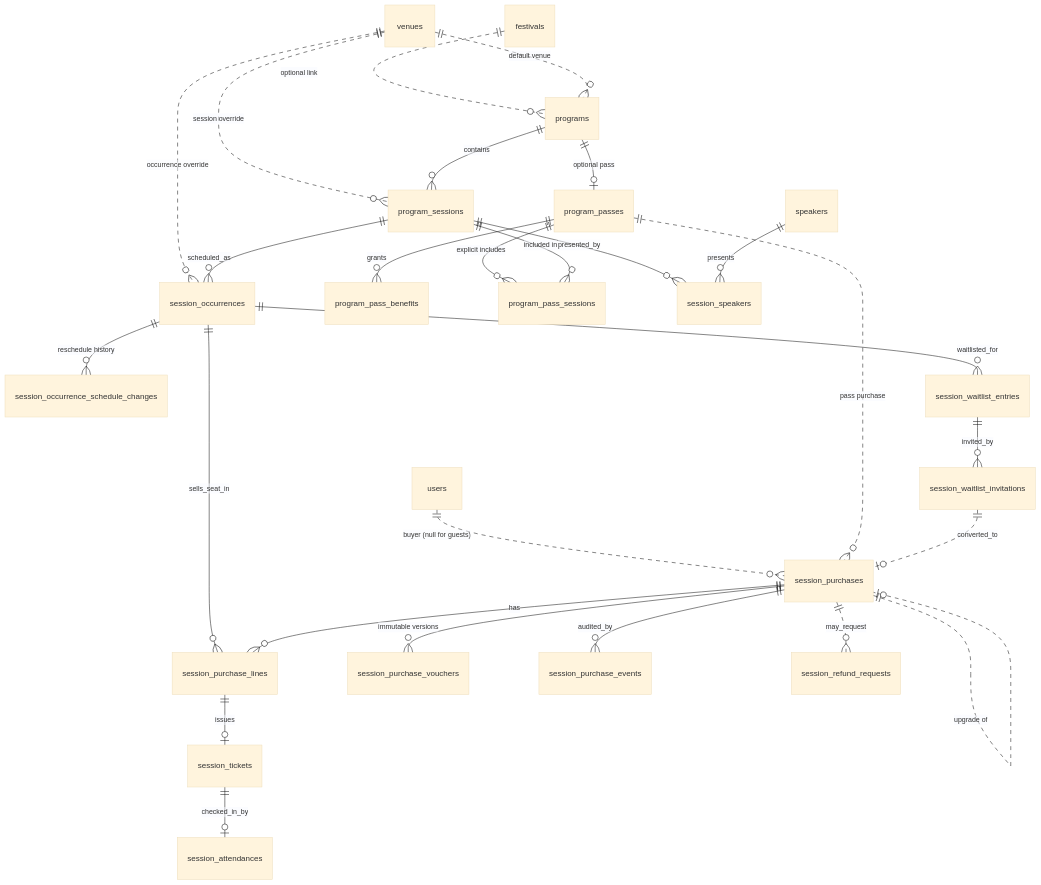
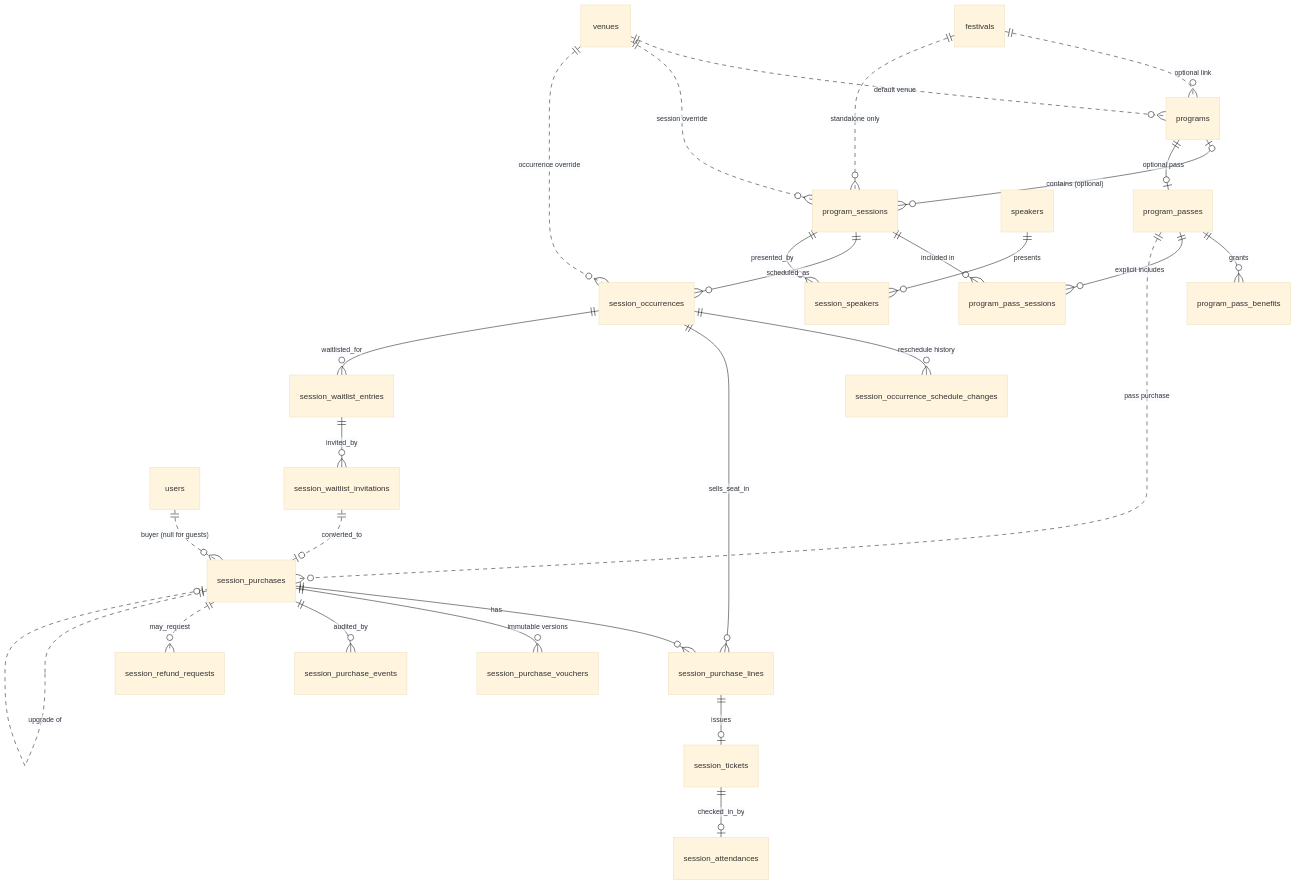
One commit to dennis-adrian/glitter-nextjs changed the first of 2 diagrams in docs/ARCHITECTURE-paid-programs-and-sessions.md. Above: the diagram before and after it, drawn with Mermaid (base theme). The commit also changed other lines of this file and 77 other files, not shown here.

````diff
--- a/docs/ARCHITECTURE-paid-programs-and-sessions.md
+++ b/docs/ARCHITECTURE-paid-programs-and-sessions.md
@@ -101,41 +101,42 @@
 ```mermaid
 erDiagram
     festivals ||..o{ programs : "optional link"
+    festivals ||..o{ program_sessions : "standalone only"
     venues ||..o{ programs : "default venue"
     venues ||..o{ program_sessions : "session override"
     venues ||..o{ session_occurrences : "occurrence override"
 
-    programs ||--o{ program_sessions : contains
+    programs |o--o{ program_sessions : "contains (optional)"
 
     %% deferred — Week Pass (§0b)
     programs ||--o| program_passes : "optional pass"
     program_passes ||--o{ program_pass_benefits : grants
     program_passes ||--o{ program_pass_sessions : "explicit includes"
     program_sessions ||--o{ program_pass_sessions : "included in"
 
     program_sessions ||--o{ session_occurrences : scheduled_as
     program_sessions ||--o{ session_speakers : presented_by
     speakers ||--o{ session_speakers : presents
 
     session_occurrences ||--o{ session_occurrence_schedule_changes : "reschedule history"
     session_occurrences ||--o{ session_purchase_lines : sells_seat_in
     session_occurrences ||--o{ session_waitlist_entries : waitlisted_for
 
     users ||..o{ session_purchases : "buyer (null for guests)"
     session_purchases ||--o{ session_purchase_lines : has
     session_purchases ||--o{ session_purchase_vouchers : "immutable versions"
     session_purchases ||--o{ session_purchase_events : audited_by
 
     %% deferred — refund workflow (Phase 5)
     session_purchases ||..o{ session_refund_requests : may_request
 
     %% deferred — Week Pass (§0b)
     program_passes ||..o{ session_purchases : "pass purchase"
     session_purchases ||..o| session_purchases : "upgrade of"
 
     session_purchase_lines ||--o| session_tickets : issues
     session_tickets ||--o| session_attendances : checked_in_by
 
     session_waitlist_entries ||--o{ session_waitlist_invitations : invited_by
     session_waitlist_invitations ||..o| session_purchases : converted_to
 ```
````
